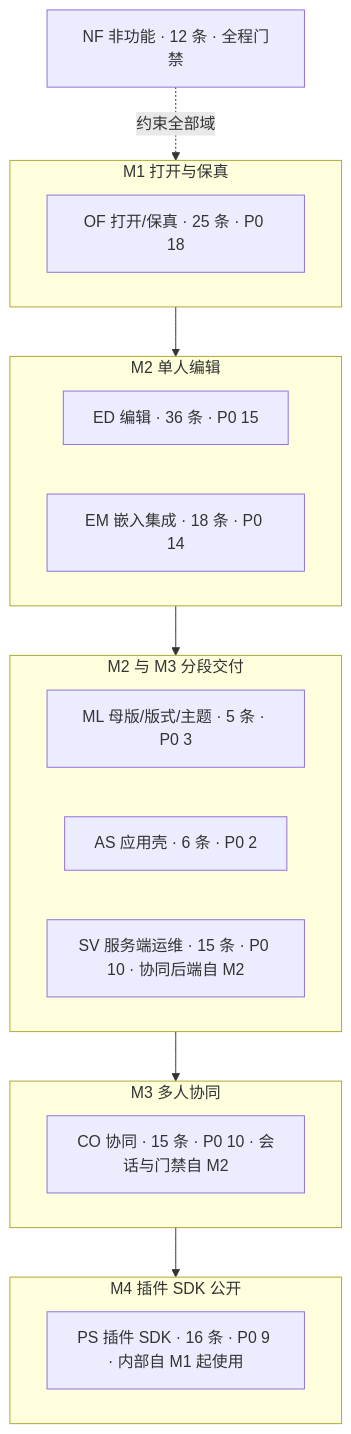
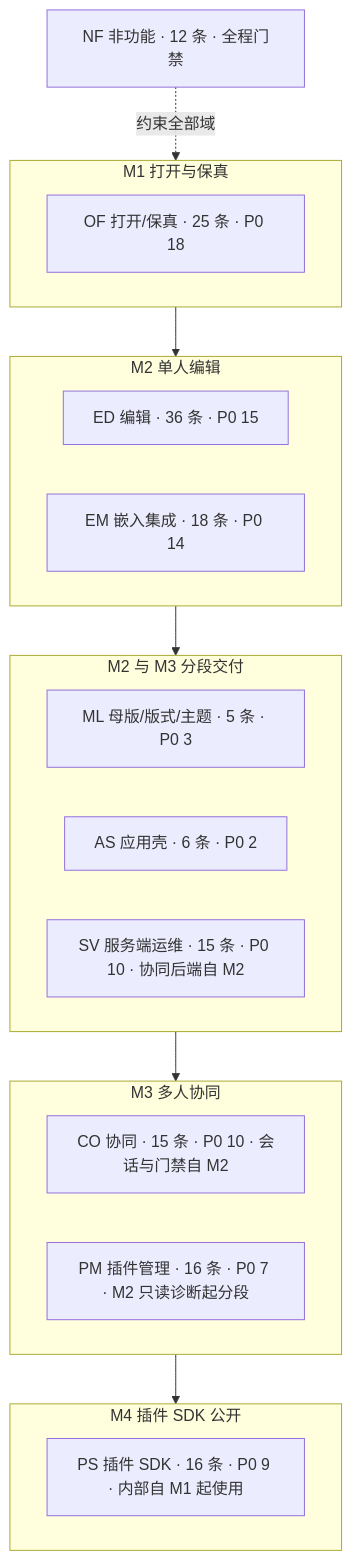
One commit to Xeonice/cordis-ppt-editor changed the first of 3 diagrams in docs/10-prd/README.md. Above: the diagram before and after it, drawn with Mermaid. The commit also changed other lines of this file and 23 other files, not shown here.

````diff
--- a/docs/10-prd/README.md
+++ b/docs/10-prd/README.md
@@ -101,24 +103,25 @@
 ```mermaid
 flowchart TB
   subgraph m1["M1 打开与保真"]
     OF["OF 打开/保真 · 25 条 · P0 18"]
   end
   subgraph m2["M2 单人编辑"]
     ED["ED 编辑 · 36 条 · P0 15"]
     EM["EM 嵌入集成 · 18 条 · P0 14"]
   end
   subgraph m23["M2 与 M3 分段交付"]
     ML["ML 母版/版式/主题 · 5 条 · P0 3"]
     AS["AS 应用壳 · 6 条 · P0 2"]
     SV["SV 服务端运维 · 15 条 · P0 10 · 协同后端自 M2"]
   end
   subgraph m3["M3 多人协同"]
     CO["CO 协同 · 15 条 · P0 10 · 会话与门禁自 M2"]
+    PM["PM 插件管理 · 16 条 · P0 7 · M2 只读诊断起分段"]
   end
   subgraph m4["M4 插件 SDK 公开"]
     PS["PS 插件 SDK · 16 条 · P0 9 · 内部自 M1 起使用"]
   end
   NF["NF 非功能 · 12 条 · 全程门禁"]
   m1 --> m2 --> m23 --> m3 --> m4
   NF -.->|"约束全部域"| m1
 ```
````
